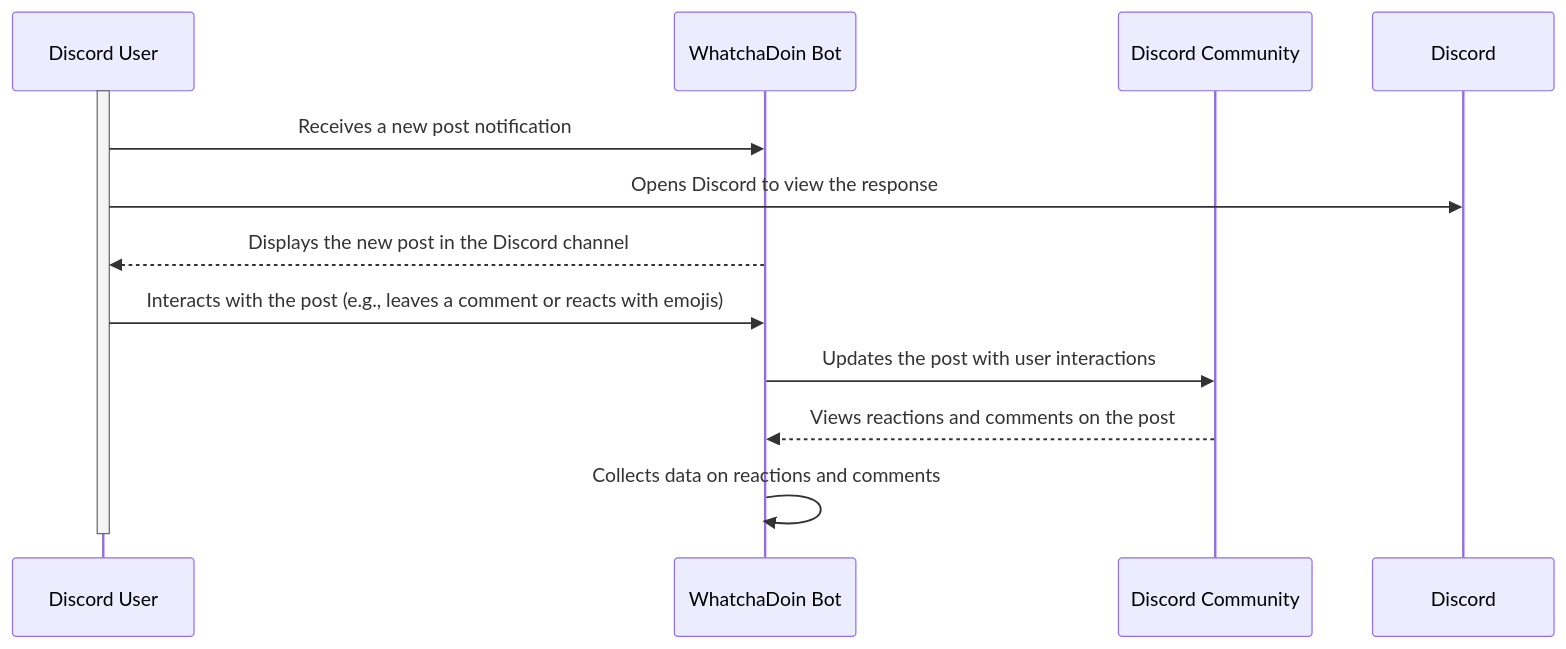
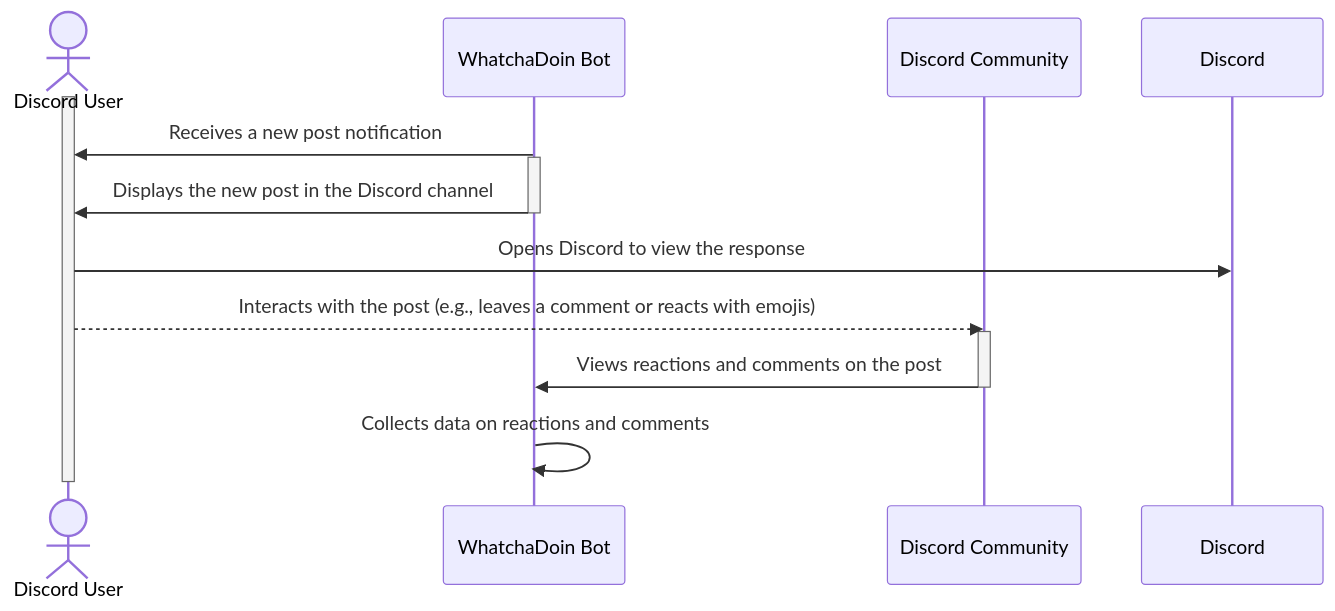
The eighth of 11 diagrams in documentation/docs/system-architecture/design.md (Capstone-Projects-2023-Fall/project-bereal-meets-slack), drawn with Mermaid before and after one commit. The commit also changed other lines of this file, not shown here.

Commit message:
Update design.md
Use Case 6 is done now, also fixed mirror error I missed in Use Case 5

````diff
--- a/documentation/docs/system-architecture/design.md
+++ b/documentation/docs/system-architecture/design.md
@@ -411,18 +411,21 @@
 ```mermaid
 
 sequenceDiagram
-    participant User as Discord User
+    actor User as Discord User
     participant WhatchaDoinBot as WhatchaDoin Bot
     participant Community as Discord Community
 
     activate User
-    User ->> WhatchaDoinBot: Receives a new post notification
+    WhatchaDoinBot ->> User: Receives a new post notification
+    activate WhatchaDoinBot
+    WhatchaDoinBot ->> User: Displays the new post in the Discord channel
+    deactivate WhatchaDoinBot
     User ->> Discord: Opens Discord to view the response
-    WhatchaDoinBot -->> User: Displays the new post in the Discord channel
-    User ->> WhatchaDoinBot: Interacts with the post (e.g., leaves a comment or reacts with emojis)
-    WhatchaDoinBot ->> Community: Updates the post with user interactions
-    Community -->> WhatchaDoinBot: Views reactions and comments on the post
+    User -->> Community: Interacts with the post (e.g., leaves a comment or reacts with emojis)
+    activate Community
+    Community ->> WhatchaDoinBot: Views reactions and comments on the post
+    deactivate Community
     WhatchaDoinBot ->> WhatchaDoinBot: Collects data on reactions and comments
     deactivate User
 
 ```
````
